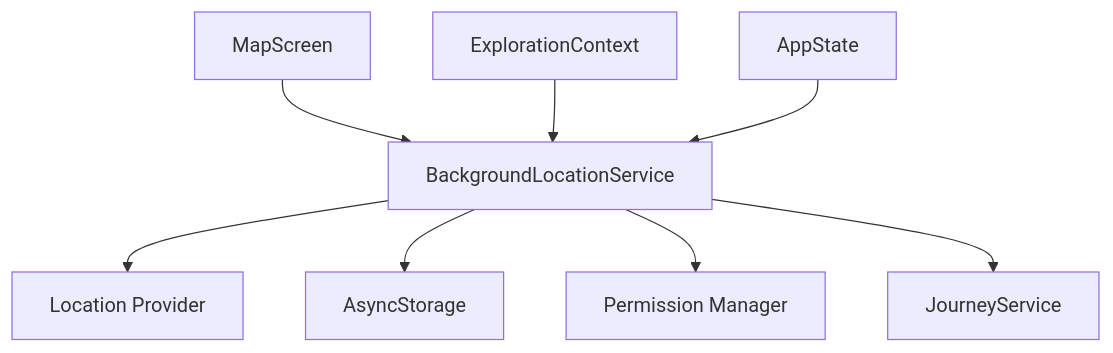
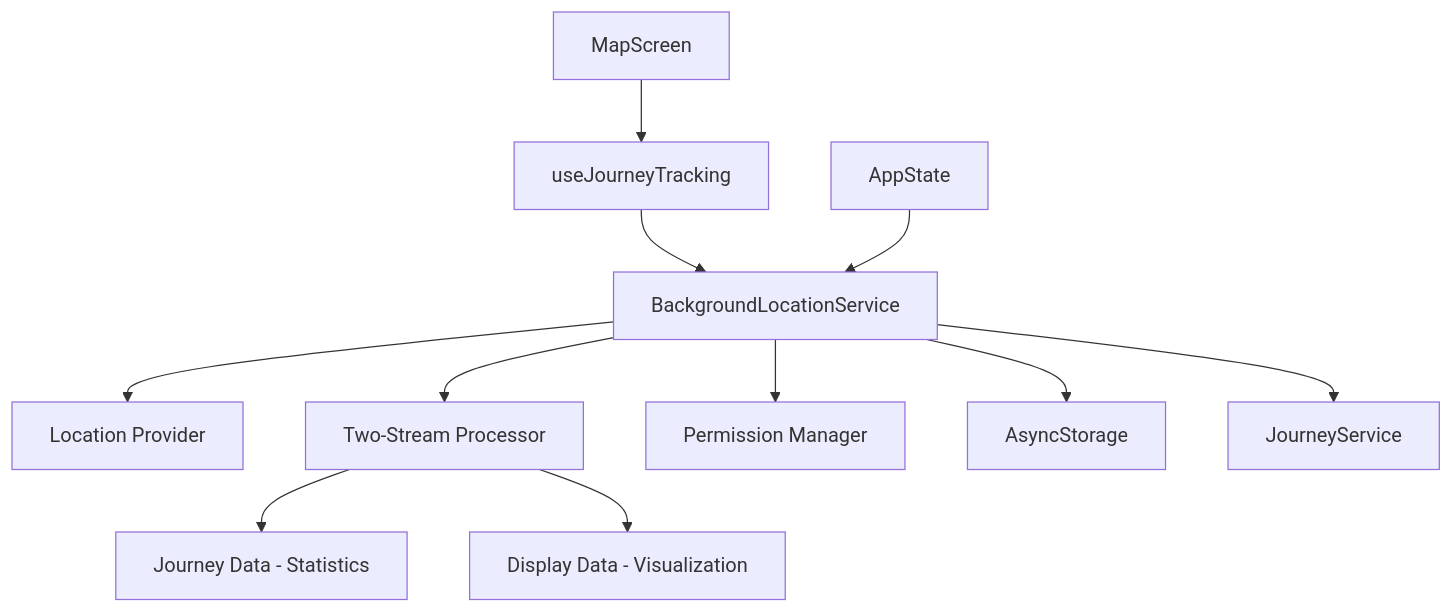
Before and after one commit to LiamClarke-dev/heros-path: the diagram in .kiro/specs/tier-1-critical/background-location/design.md, drawn with Mermaid. The commit also changed other lines of this file and 19 other files, not shown here.

First line of the commit message:
feat: consolidate location processing into service-centric architecture

````diff
--- a/.kiro/specs/tier-1-critical/background-location/design.md
+++ b/.kiro/specs/tier-1-critical/background-location/design.md
@@ -13,10 +13,14 @@
 ```mermaid
 graph TD
     A[BackgroundLocationService] --> B[Location Provider]
-    A --> C[AsyncStorage]
+    A --> C[Two-Stream Processor]
     A --> D[Permission Manager]
-    E[MapScreen] --> A
-    F[ExplorationContext] --> A
-    A --> G[JourneyService]
-    H[AppState] --> A
+    A --> E[AsyncStorage]
+    F[useJourneyTracking] --> A
+    G[MapScreen] --> F
+    A --> H[JourneyService]
+    I[AppState] --> A
+    
+    C --> J[Journey Data - Statistics]
+    C --> K[Display Data - Visualization]
 ```
````
